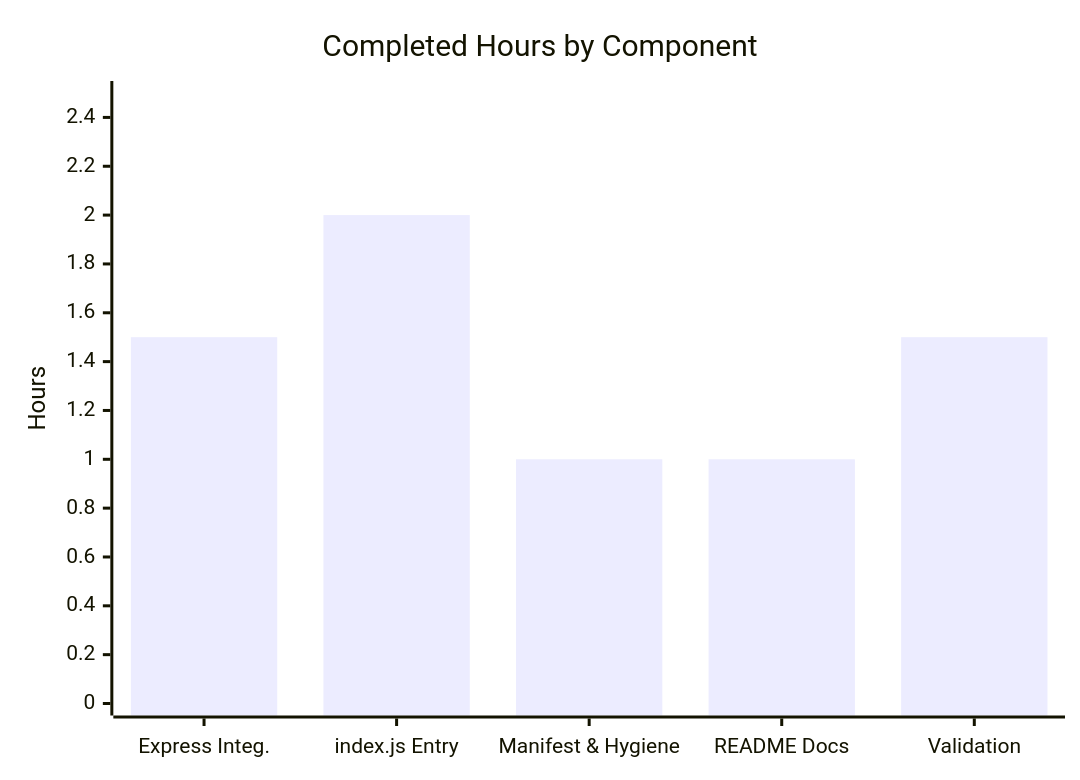
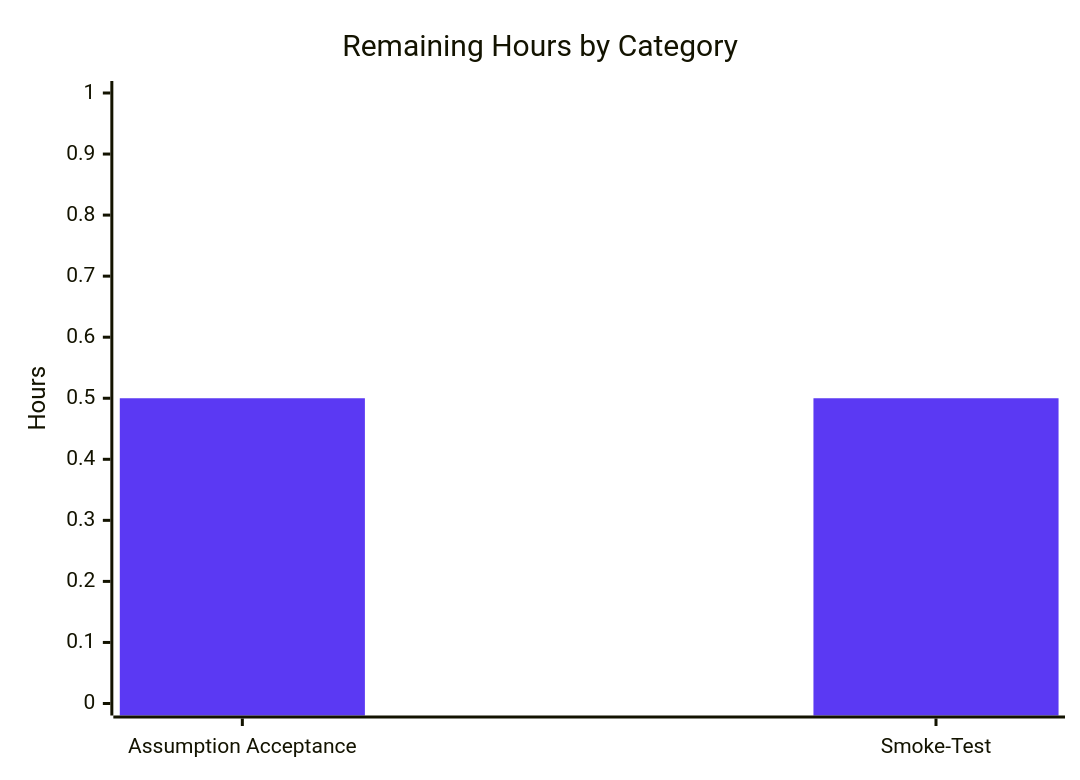
The third of 3 diagrams in blitzy/documentation/Project Guide.md (shaliniblitzy/13_feb_2_3), drawn with Mermaid before and after one commit. The commit also changed other lines of this file, not shown here.

Commit message:
Adding Blitzy Project Guide: Project Status and Human Tasks Remaining

````diff
--- a/blitzy/documentation/Project Guide.md
+++ b/blitzy/documentation/Project Guide.md
@@ -215,7 +193,8 @@
 ```mermaid
+%%{init: {'theme':'base', 'themeVariables': {'xyChart': {'plotColorPalette': '#5B39F3'}}}}%%
 xychart-beta
-    title "Completed Hours by Component"
-    x-axis ["Express Integ.", "index.js Entry", "Manifest & Hygiene", "README Docs", "Validation"]
-    y-axis "Hours" 0 --> 2.5
-    bar [1.5, 2.0, 1.0, 1.0, 1.5]
+    title "Remaining Hours by Category"
+    x-axis ["Assumption Acceptance", "Smoke-Test"]
+    y-axis "Hours" 0 --> 1
+    bar [0.5, 0.5]
 ```
````
